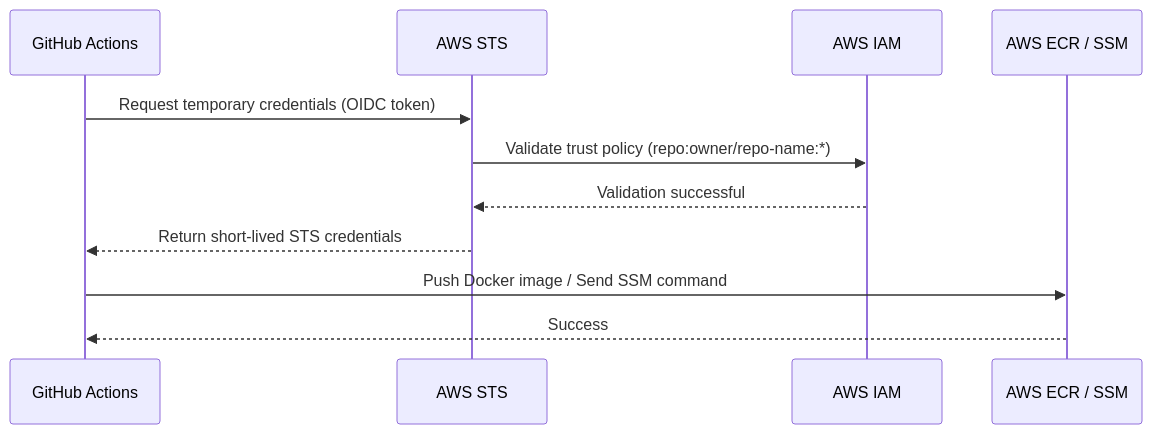
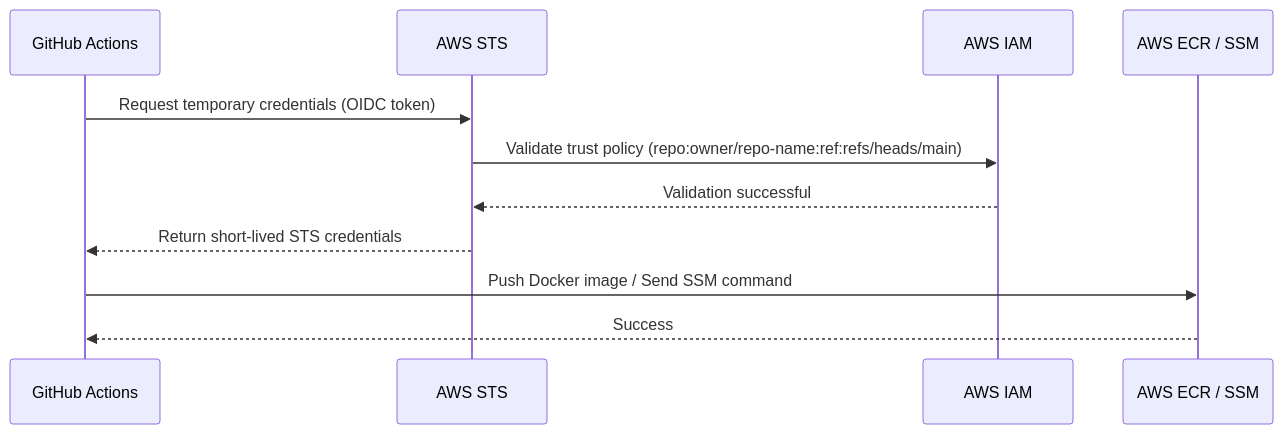
One commit to yashchokhat/vertex-on-edge-cli changed the third of 3 diagrams in README.md. Above: the diagram before and after it, drawn with Mermaid. The commit also changed other lines of this file and 20 other files, not shown here.

Commit message:
fix: replace OIDC with IAM User Access Keys to bypass AWS SCPs

````diff
--- a/README.md
+++ b/README.md
@@ -71,14 +71,14 @@
 ```mermaid
 sequenceDiagram
     participant GH as GitHub Actions
     participant AWS as AWS STS
     participant IAM as AWS IAM
     participant ECR as AWS ECR / SSM
     
     GH->>AWS: Request temporary credentials (OIDC token)
-    AWS->>IAM: Validate trust policy (repo:owner/repo-name:*)
+    AWS->>IAM: Validate trust policy (repo:owner/repo-name:ref:refs/heads/main)
     IAM-->>AWS: Validation successful
     AWS-->>GH: Return short-lived STS credentials
     GH->>ECR: Push Docker image / Send SSM command
     ECR-->>GH: Success
 ```
````
